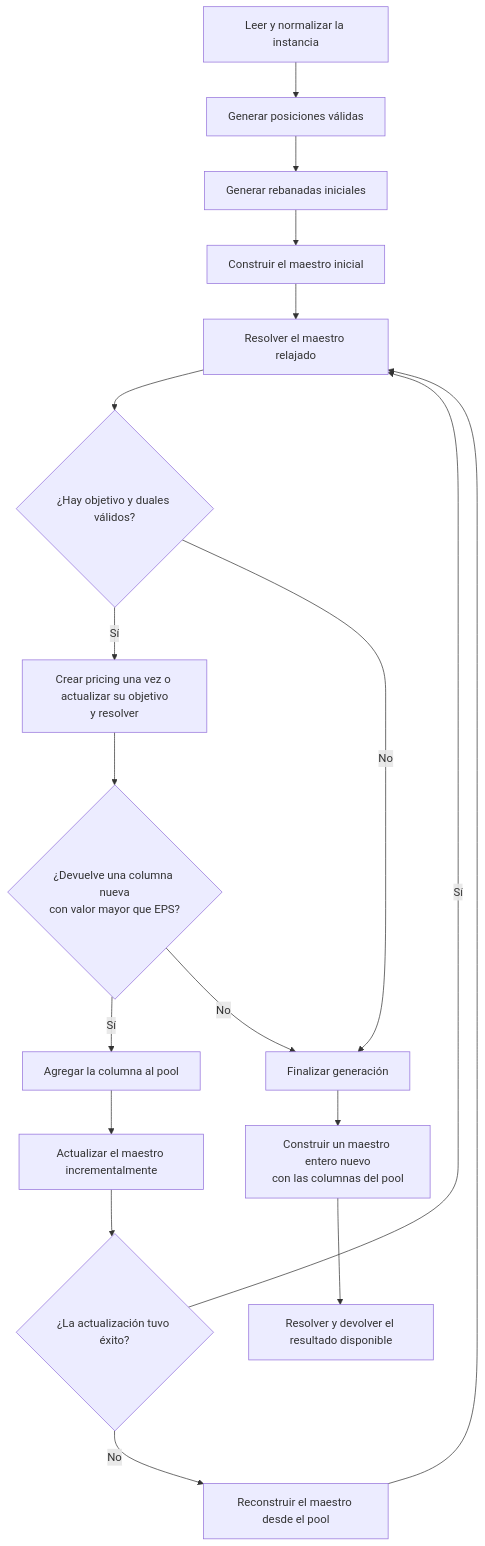
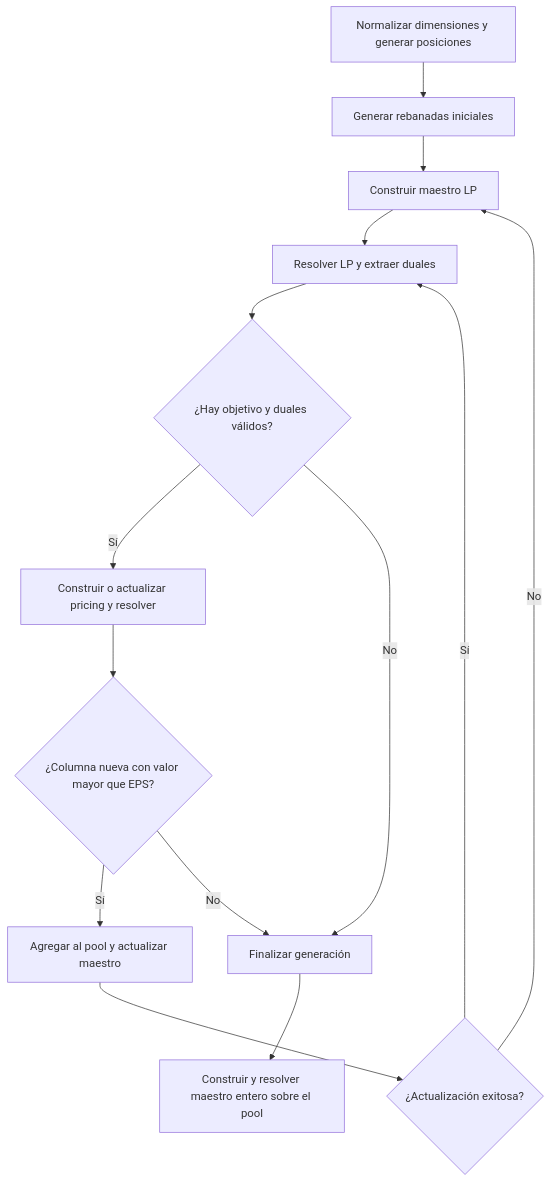
The diagram in docs/algorithm.md (jfa320/2d-bin-packing-column-generation), drawn with Mermaid before and after one commit. The commit also changed other lines of this file and 9 other files, not shown here.

Commit message:
Subo version del modelo de Marenco, a modo experimental. La conclusión es no sumarlo a la comparativa ya que no puede con la mayoria de casos. Eso explica porque fue mejorado en el paper con B&B

````diff
--- a/docs/algorithm.md
+++ b/docs/algorithm.md
@@ -15,20 +12,16 @@
 ```mermaid
 flowchart TD
-    A[Leer y normalizar la instancia] --> B[Generar posiciones válidas]
-    B --> C[Generar rebanadas iniciales]
-    C --> D[Construir el maestro inicial]
-    D --> E[Resolver el maestro relajado]
-    E --> F{¿Hay objetivo y duales válidos?}
-    F -- Sí --> G[Crear pricing una vez o actualizar su objetivo<br/>y resolver]
-    F -- No --> L[Finalizar generación]
-    G --> H{¿Devuelve una columna nueva<br/>con valor mayor que EPS?}
-    H -- Sí --> I[Agregar la columna al pool]
-    I --> J[Actualizar el maestro incrementalmente]
-    J --> K{¿La actualización tuvo éxito?}
-    K -- Sí --> E
-    K -- No --> R[Reconstruir el maestro desde el pool]
-    R --> E
-    H -- No --> L
-    L --> M[Construir un maestro entero nuevo<br/>con las columnas del pool]
-    M --> N[Resolver y devolver el resultado disponible]
+    A[Normalizar dimensiones y generar posiciones] --> B[Generar rebanadas iniciales]
+    B --> C[Construir maestro LP]
+    C --> D[Resolver LP y extraer duales]
+    D --> E{¿Hay objetivo y duales válidos?}
+    E -- Sí --> F[Construir o actualizar pricing y resolver]
+    E -- No --> K[Finalizar generación]
+    F --> G{¿Columna nueva con valor mayor que EPS?}
+    G -- Sí --> H[Agregar al pool y actualizar maestro]
+    H --> I{¿Actualización exitosa?}
+    I -- Sí --> D
+    I -- No --> C
+    G -- No --> K
+    K --> L[Construir y resolver maestro entero sobre el pool]
 ```
````
